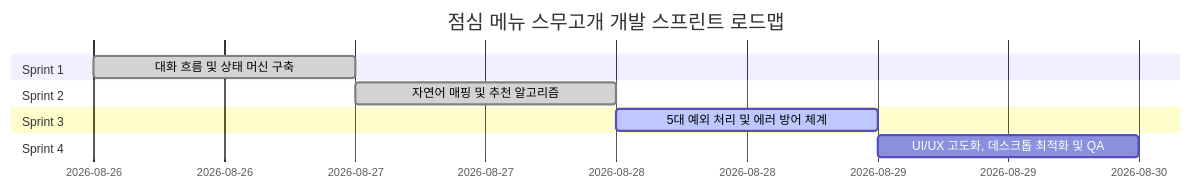
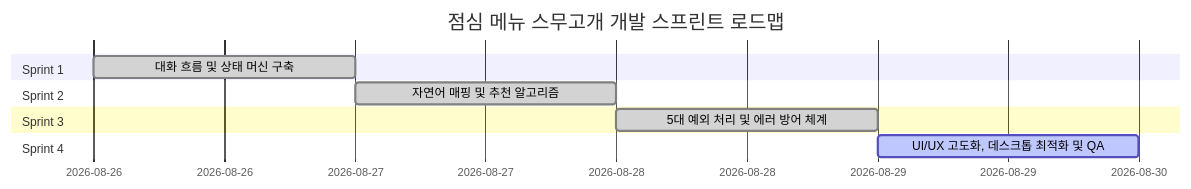
Before and after one commit to shocking-my-cat/lunch-menu-game: the diagram in docs/development-plan.md, drawn with Mermaid. The commit also changed other lines of this file and 10 other files, not shown here.

````diff
--- a/docs/development-plan.md
+++ b/docs/development-plan.md
@@ -61,13 +61,13 @@
 ```mermaid
 gantt
     title 점심 메뉴 스무고개 개발 스프린트 로드맵
     dateFormat  YYYY-MM-DD
     section Sprint 1
     대화 흐름 및 상태 머신 구축 :done, s1, 2026-08-26, 1d
     section Sprint 2
     자연어 매핑 및 추천 알고리즘 :done, s2, after s1, 1d
     section Sprint 3
-    5대 예외 처리 및 에러 방어 체계 :active, s3, after s2, 1d
+    5대 예외 처리 및 에러 방어 체계 :done, s3, after s2, 1d
     section Sprint 4
-    UI/UX 고도화, 데스크톱 최적화 및 QA :s4, after s3, 1d
+    UI/UX 고도화, 데스크톱 최적화 및 QA :active, s4, after s3, 1d
 ```
````
